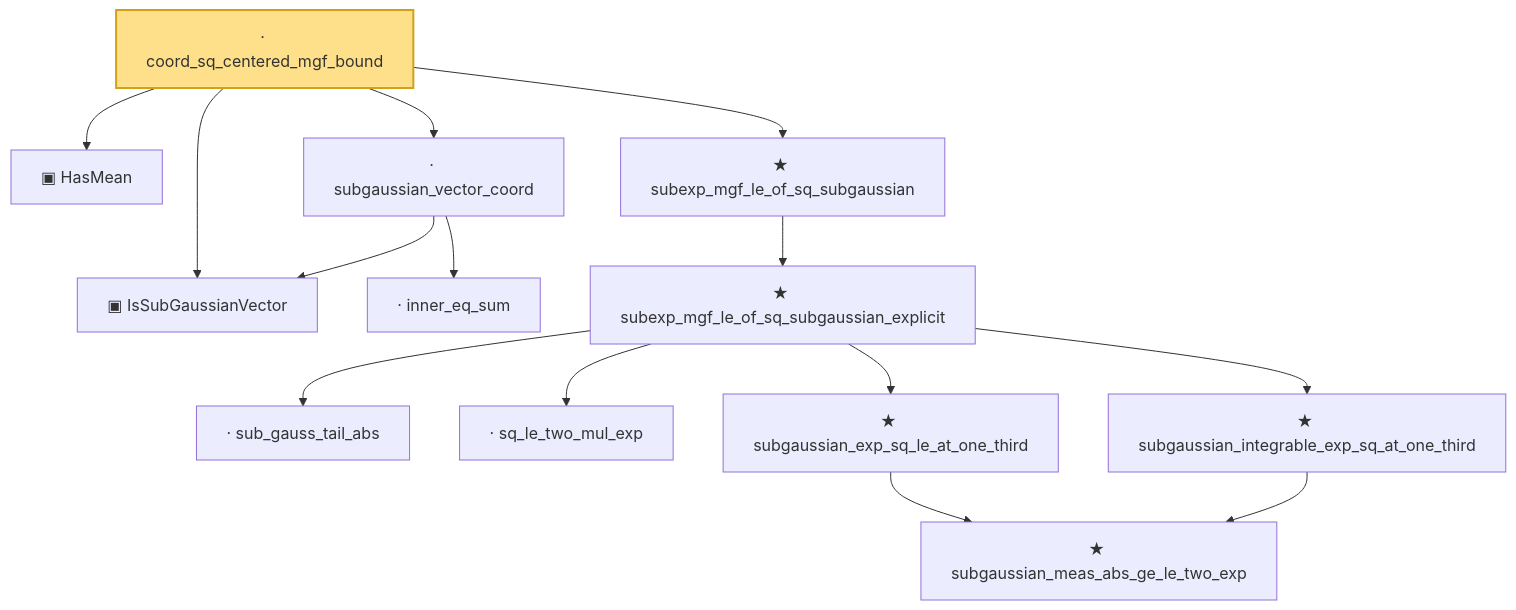
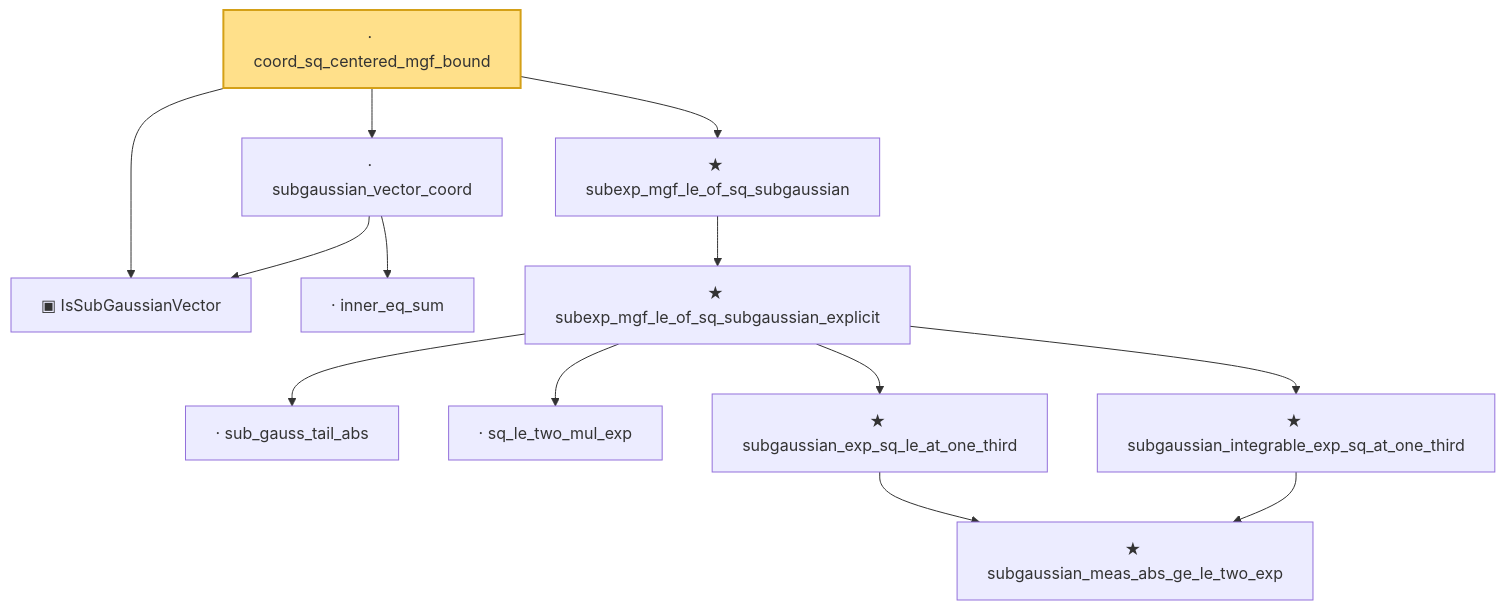
One commit to statopia/statlib-site changed the diagram in public/narratives/HighDim/coord_sq_centered_mgf_bound.md. Above: the diagram before and after it, drawn with Mermaid. The commit also changed other lines of this file and 85 other files, not shown here.

````diff
--- a/public/narratives/HighDim/coord_sq_centered_mgf_bound.md
+++ b/public/narratives/HighDim/coord_sq_centered_mgf_bound.md
@@ -23,31 +22,29 @@
 ```mermaid
 flowchart TD
-  n0["▣ HasMean"]
-  n1["▣ IsSubGaussianVector"]
-  n2["· inner_eq_sum"]
-  n3["· subgaussian_vector_coord"]
-  n4["· sub_gauss_tail_abs"]
-  n5["· sq_le_two_mul_exp"]
-  n6["★ subgaussian_meas_abs_ge_le_two_exp"]
-  n7["★ subgaussian_exp_sq_le_at_one_third"]
-  n8["★ subgaussian_integrable_exp_sq_at_one_third"]
-  n9["★ subexp_mgf_le_of_sq_subgaussian_explicit"]
-  n10["★ subexp_mgf_le_of_sq_subgaussian"]
-  n11["· coord_sq_centered_mgf_bound"]
-  n3 --> n1
-  n3 --> n2
-  n7 --> n6
+  n0["▣ IsSubGaussianVector"]
+  n1["· inner_eq_sum"]
+  n2["· subgaussian_vector_coord"]
+  n3["· sub_gauss_tail_abs"]
+  n4["· sq_le_two_mul_exp"]
+  n5["★ subgaussian_meas_abs_ge_le_two_exp"]
+  n6["★ subgaussian_exp_sq_le_at_one_third"]
+  n7["★ subgaussian_integrable_exp_sq_at_one_third"]
+  n8["★ subexp_mgf_le_of_sq_subgaussian_explicit"]
+  n9["★ subexp_mgf_le_of_sq_subgaussian"]
+  n10["· coord_sq_centered_mgf_bound"]
+  n2 --> n0
+  n2 --> n1
+  n6 --> n5
+  n7 --> n5
+  n8 --> n3
+  n8 --> n4
   n8 --> n6
-  n9 --> n4
-  n9 --> n5
-  n9 --> n7
+  n8 --> n7
   n9 --> n8
+  n10 --> n0
+  n10 --> n2
   n10 --> n9
-  n11 --> n0
-  n11 --> n1
-  n11 --> n3
-  n11 --> n10
-  class n11 headline;
+  class n10 headline;
   classDef headline fill:#ffe08a,stroke:#d4a017,stroke-width:2px;
   classDef axiomNode fill:#ffd0d0,stroke:#c0392b,stroke-dasharray:4 2;
 ```
````
